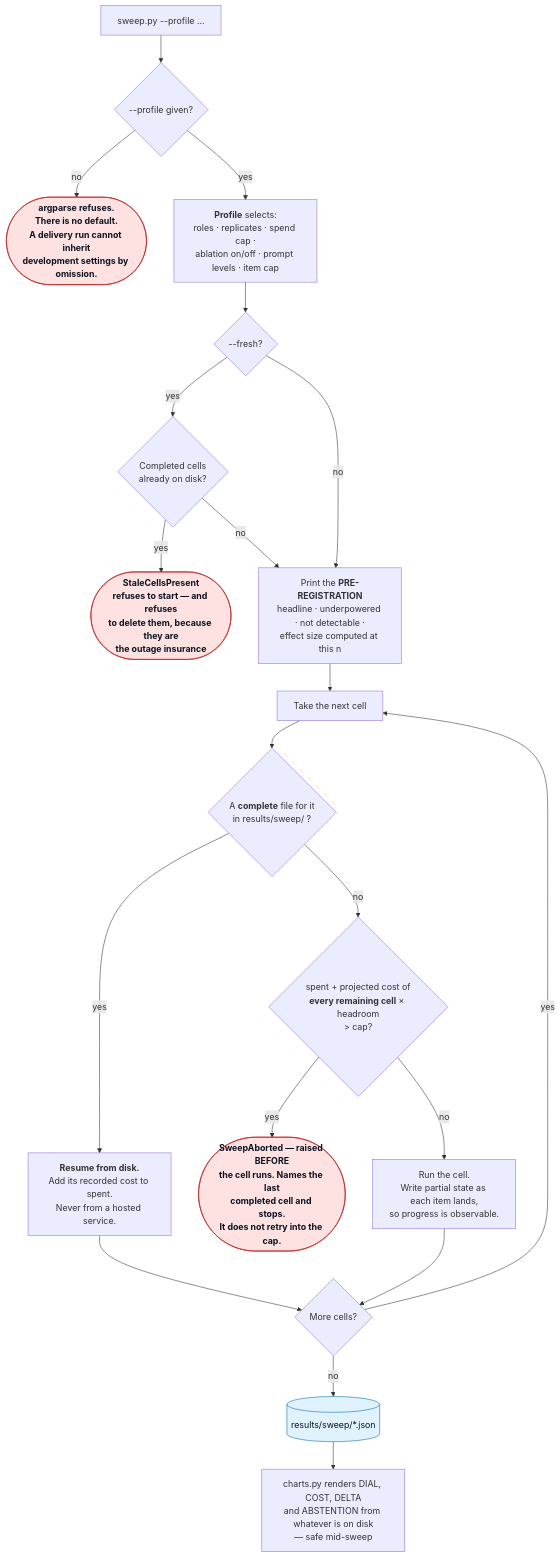
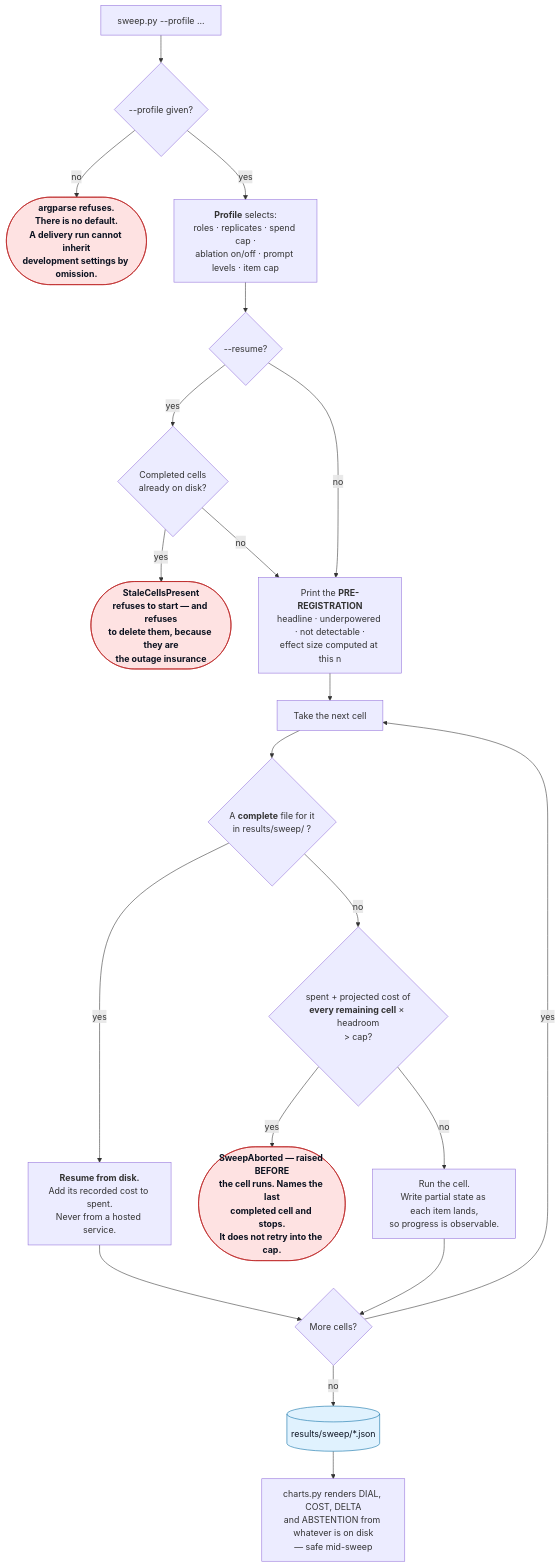
Before and after one commit to ANI-IN/loop-engineering: the fifth of 5 diagrams in README.md, drawn with Mermaid. The commit also changed other lines of this file and 8 other files, not shown here.

````diff
--- a/README.md
+++ b/README.md
@@ -374,29 +374,29 @@
 ```mermaid
 flowchart TD
     START["sweep.py --profile ..."] --> REQ{"--profile given?"}
     REQ -->|no| NODEF(["argparse refuses.<br/><b>There is no default.</b><br/>A delivery run cannot inherit<br/>development settings by omission."])
     REQ -->|yes| PROF["<b>Profile</b> selects:<br/>roles · replicates · spend cap ·<br/>ablation on/off · prompt levels · item cap"]
 
-    PROF --> FRESH{"--fresh?"}
+    PROF --> FRESH{"--resume?"}
     FRESH -->|yes| STALE{"Completed cells<br/>already on disk?"}
     STALE -->|yes| REFUSE(["<b>StaleCellsPresent</b><br/>refuses to start — and refuses<br/>to delete them, because they are<br/>the outage insurance"])
     STALE -->|no| PRE
     FRESH -->|no| PRE["Print the <b>PRE-REGISTRATION</b><br/>headline · underpowered · not detectable ·<br/>effect size computed at this n"]
 
     PRE --> CELL["Take the next cell"]
     CELL --> DISK{"A <b>complete</b> file for it<br/>in results/sweep/ ?"}
     DISK -->|yes| RESUME["<b>Resume from disk.</b><br/>Add its recorded cost to spent.<br/>Never from a hosted service."]
     RESUME --> MORE
     DISK -->|no| PROJ{"spent + projected cost of<br/><b>every remaining cell</b> × headroom<br/>&gt; cap?"}
     PROJ -->|yes| ABORT(["<b>SweepAborted</b> — raised BEFORE<br/>the cell runs. Names the last<br/>completed cell and stops.<br/>It does not retry into the cap."])
     PROJ -->|no| RUN["Run the cell.<br/>Write partial state as each item lands,<br/>so progress is observable."]
     RUN --> MORE{"More cells?"}
     MORE -->|yes| CELL
     MORE -->|no| OUT[("results/sweep/*.json")]
     OUT --> CHARTS["charts.py renders DIAL, COST, DELTA<br/>and ABSTENTION from whatever is on disk<br/>— safe mid-sweep"]
 
     classDef refuse fill:#fee2e2,stroke:#b91c1c,color:#0b1220,font-weight:bold;
     classDef store fill:#e0f2fe,stroke:#0369a1,color:#0b1220;
     class NODEF,REFUSE,ABORT refuse;
     class OUT store;
 ```
````
